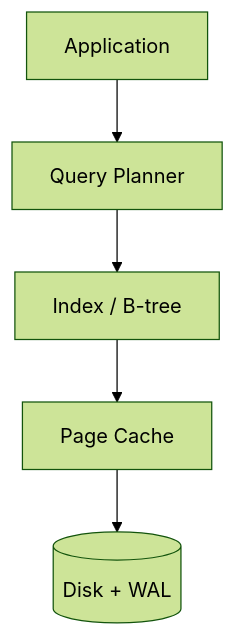
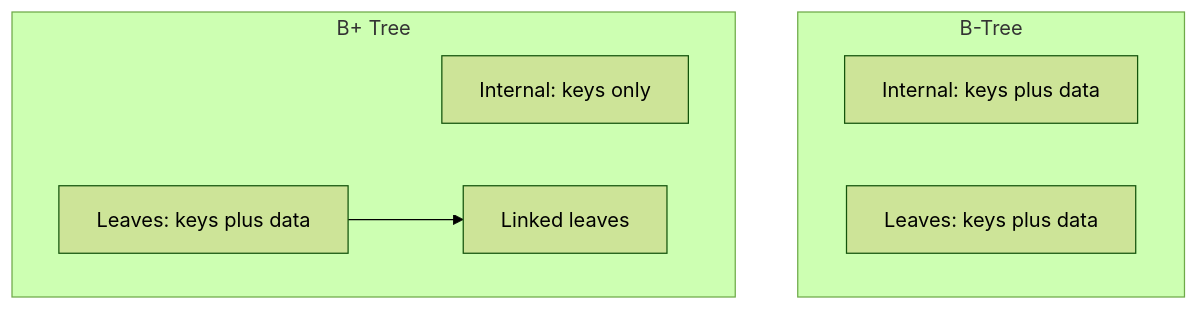
Before and after one commit to hareramcse/SystemDesign: the second of 9 diagrams in 02-databases/README.md, drawn with Mermaid (forest theme). The commit also changed other lines of this file, not shown here.

````diff
--- a/02-databases/README.md
+++ b/02-databases/README.md
@@ -44,7 +1101,12 @@
 ```mermaid
 flowchart TB
-    App[Application] --> QP[Query Planner]
-    QP --> Idx[Index / B-tree]
-    Idx --> PC[Page Cache]
-    PC --> Disk[(Disk + WAL)]
+  subgraph btree [B-Tree]
+    BI[Internal: keys plus data]
+    BL[Leaves: keys plus data]
+  end
+  subgraph bplus [B+ Tree]
+    PI[Internal: keys only]
+    PL[Leaves: keys plus data]
+    PL --> PL2[Linked leaves]
+  end
 ```
````
